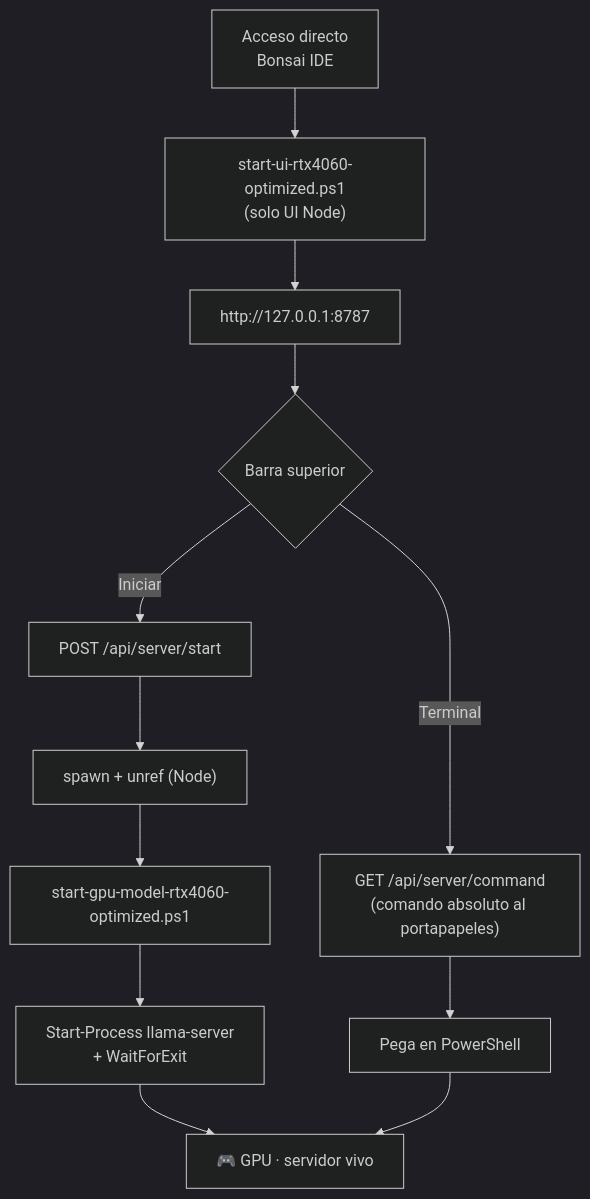
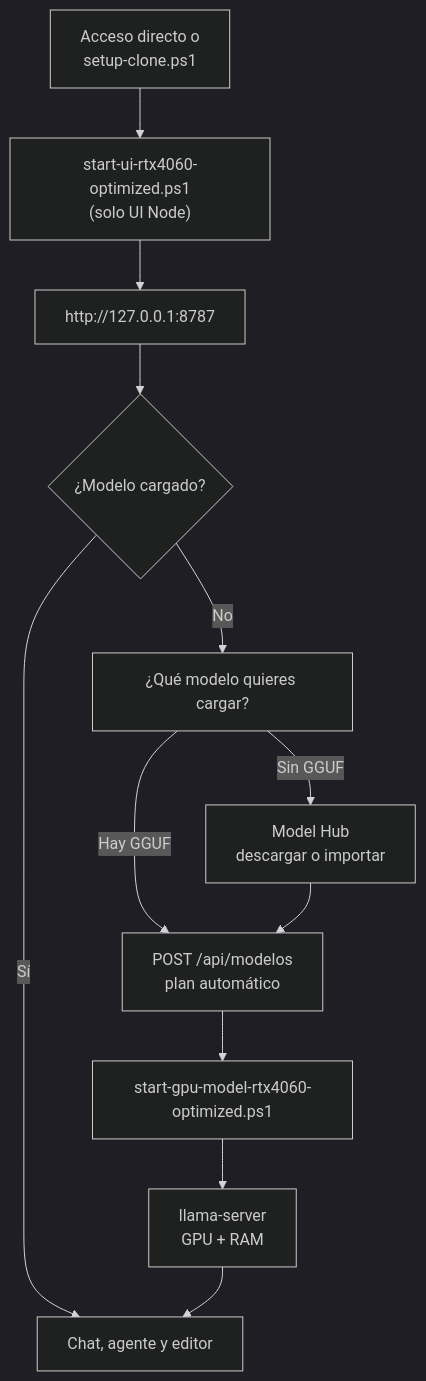
One commit to Vahlame/bonsai-local-ide changed the second of 2 diagrams in README.md. Above: the diagram before and after it, drawn with Mermaid (dark theme). The commit also changed other lines of this file and 15 other files, not shown here.

Commit message:
feat(ui): preguntar modelo al iniciar y guia de clonado

````diff
--- a/README.md
+++ b/README.md
@@ -92,14 +126,14 @@
 ```mermaid
 flowchart TD
-    A["Acceso directo<br/>Bonsai IDE"] --> B["start-ui-rtx4060-optimized.ps1<br/>(solo UI Node)"]
+    A["Acceso directo o<br/>setup-clone.ps1"] --> B["start-ui-rtx4060-optimized.ps1<br/>(solo UI Node)"]
     B --> C["http://127.0.0.1:8787"]
-    C --> D{"Barra superior"}
-    D -->|Iniciar| E["POST /api/server/start"]
-    D -->|Terminal| F["GET /api/server/command<br/>(comando absoluto al portapapeles)"]
-    E --> G["spawn + unref (Node)"]
-    G --> H["start-gpu-model-rtx4060-optimized.ps1"]
-    H --> I["Start-Process llama-server<br/>+ WaitForExit"]
-    I --> J["🎮 GPU · servidor vivo"]
-    F --> K["Pega en PowerShell"]
-    K --> J
+    C --> D{"¿Modelo cargado?"}
+    D -->|Sí| H["Chat, agente y editor"]
+    D -->|No| E["¿Qué modelo quieres cargar?"]
+    E -->|Hay GGUF| F["POST /api/modelos<br/>plan automático"]
+    E -->|Sin GGUF| G["Model Hub<br/>descargar o importar"]
+    G --> F
+    F --> I["start-gpu-model-rtx4060-optimized.ps1"]
+    I --> J["llama-server<br/>GPU + RAM"]
+    J --> H
 ```
````
